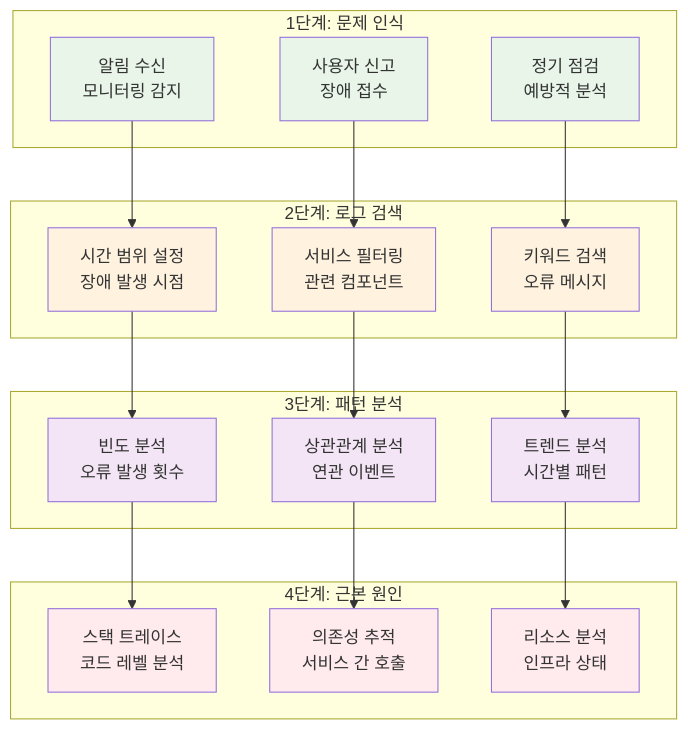
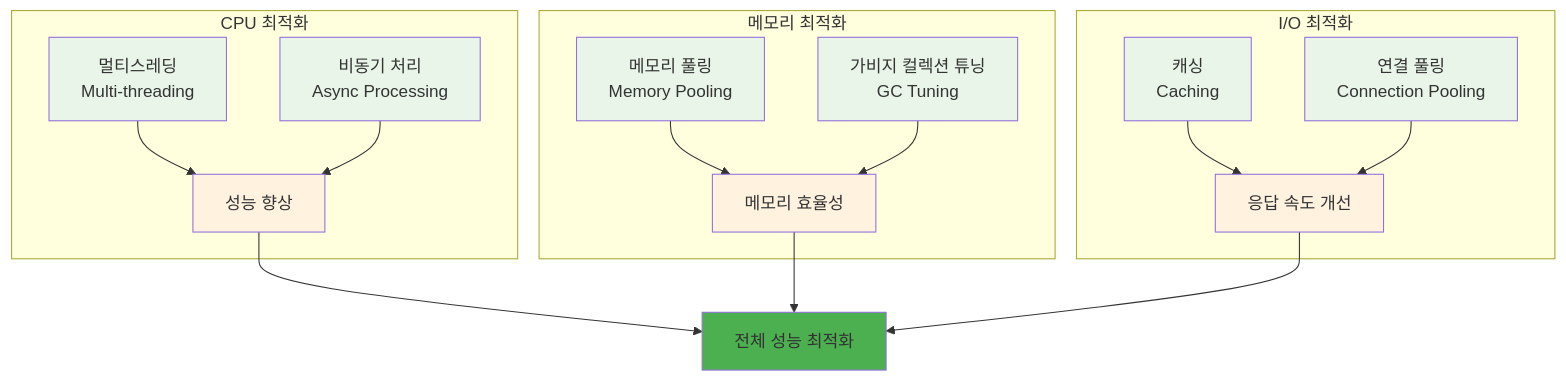
The fourth of 4 diagrams in theory/week_02/day3/session_2.md (niceguy61/kdt_devops_lecture_2025), drawn with Mermaid before and after one commit. The commit also changed other lines of this file and 68 other files, not shown here.

````diff
--- a/theory/week_02/day3/session_2.md
+++ b/theory/week_02/day3/session_2.md
@@ -223,49 +172,32 @@
 ```mermaid
 graph TB
-    subgraph "1단계: 문제 인식"
-        A1[알림 수신<br/>모니터링 감지]
-        A2[사용자 신고<br/>장애 접수]
-        A3[정기 점검<br/>예방적 분석]
+    subgraph "CPU 최적화"
+        A[멀티스레딩<br/>Multi-threading] --> D[성능 향상]
+        B[비동기 처리<br/>Async Processing] --> D
     end
     
-    subgraph "2단계: 로그 검색"
-        B1[시간 범위 설정<br/>장애 발생 시점]
-        B2[서비스 필터링<br/>관련 컴포넌트]
-        B3[키워드 검색<br/>오류 메시지]
+    subgraph "메모리 최적화"
+        C[메모리 풀링<br/>Memory Pooling] --> E[메모리 효율성]
+        F[가비지 컬렉션 튜닝<br/>GC Tuning] --> E
     end
     
-    subgraph "3단계: 패턴 분석"
-        C1[빈도 분석<br/>오류 발생 횟수]
-        C2[상관관계 분석<br/>연관 이벤트]
-        C3[트렌드 분석<br/>시간별 패턴]
+    subgraph "I/O 최적화"
+        G[캐싱<br/>Caching] --> H[응답 속도 개선]
+        I[연결 풀링<br/>Connection Pooling] --> H
     end
     
-    subgraph "4단계: 근본 원인"
-        D1[스택 트레이스<br/>코드 레벨 분석]
-        D2[의존성 추적<br/>서비스 간 호출]
-        D3[리소스 분석<br/>인프라 상태]
-    end
+    D --> J[전체 성능 최적화]
+    E --> J
+    H --> J
     
-    A1 --> B1
-    A2 --> B2
-    A3 --> B3
-    B1 --> C1
-    B2 --> C2
-    B3 --> C3
-    C1 --> D1
-    C2 --> D2
-    C3 --> D3
-    
-    style A1 fill:#e8f5e8
-    style A2 fill:#e8f5e8
-    style A3 fill:#e8f5e8
-    style B1 fill:#fff3e0
-    style B2 fill:#fff3e0
-    style B3 fill:#fff3e0
-    style C1 fill:#f3e5f5
-    style C2 fill:#f3e5f5
-    style C3 fill:#f3e5f5
-    style D1 fill:#ffebee
-    style D2 fill:#ffebee
-    style D3 fill:#ffebee
+    style A fill:#e8f5e8
+    style B fill:#e8f5e8
+    style C fill:#e8f5e8
+    style F fill:#e8f5e8
+    style G fill:#e8f5e8
+    style I fill:#e8f5e8
+    style D fill:#fff3e0
+    style E fill:#fff3e0
+    style H fill:#fff3e0
+    style J fill:#4caf50
 ```
````
